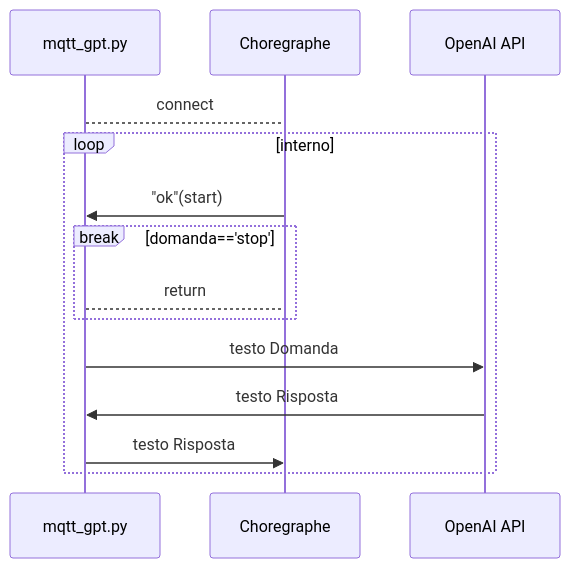
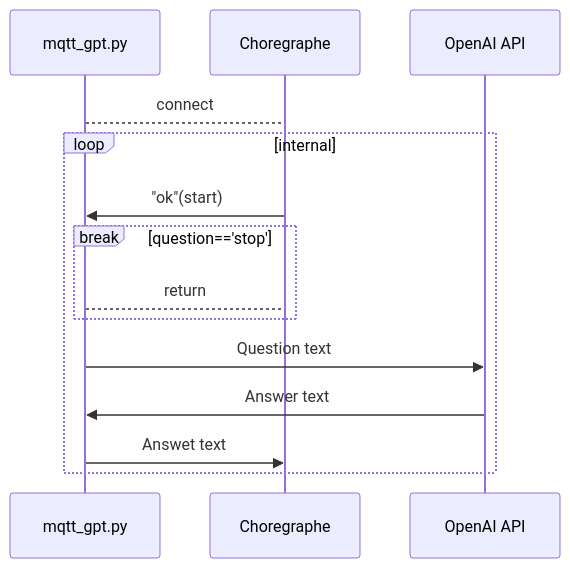
The first of 4 diagrams in README.md (LAIRLabUnivpm/PepperGPT), drawn with Mermaid before and after one commit. The commit also changed other lines of this file and 1 other file, not shown here.

````diff
--- a/README.md
+++ b/README.md
@@ -17,14 +17,14 @@
 ```mermaid
 %% Example of sequence diagram
 	sequenceDiagram
-	mqtt_gpt.py-->Choregraphe: connect
-    loop interno
-        Choregraphe->>mqtt_gpt.py: "ok"(start)
-        break domanda=='stop'
-            mqtt_gpt.py-->Choregraphe: return
-        end
-        mqtt_gpt.py->>OpenAI API: testo Domanda
-        OpenAI API->>mqtt_gpt.py: testo Risposta
-        mqtt_gpt.py->>Choregraphe: testo Risposta	
-    end
+	    mqtt_gpt.py-->Choregraphe: connect
+	    loop internal
+	        Choregraphe->>mqtt_gpt.py: "ok"(start)
+	        break question=='stop'
+	        mqtt_gpt.py-->Choregraphe: return
+	    end
+	    mqtt_gpt.py->>OpenAI API: Question text
+	    OpenAI API->>mqtt_gpt.py: Answer text
+	    mqtt_gpt.py->>Choregraphe: Answet text	
+	    end
 ```
````
